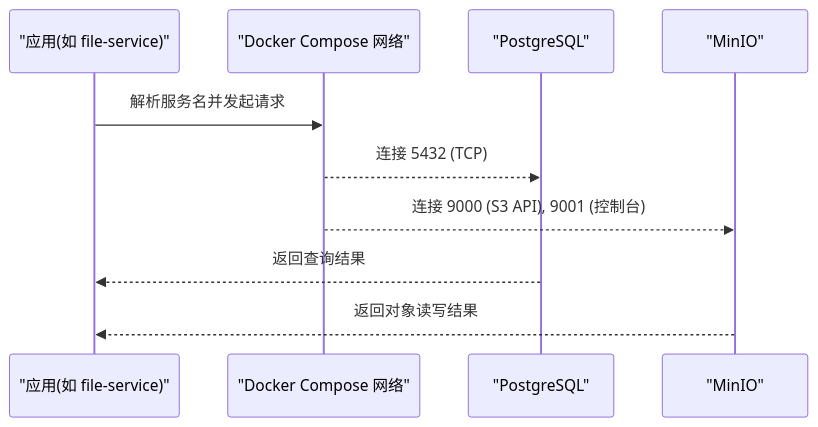
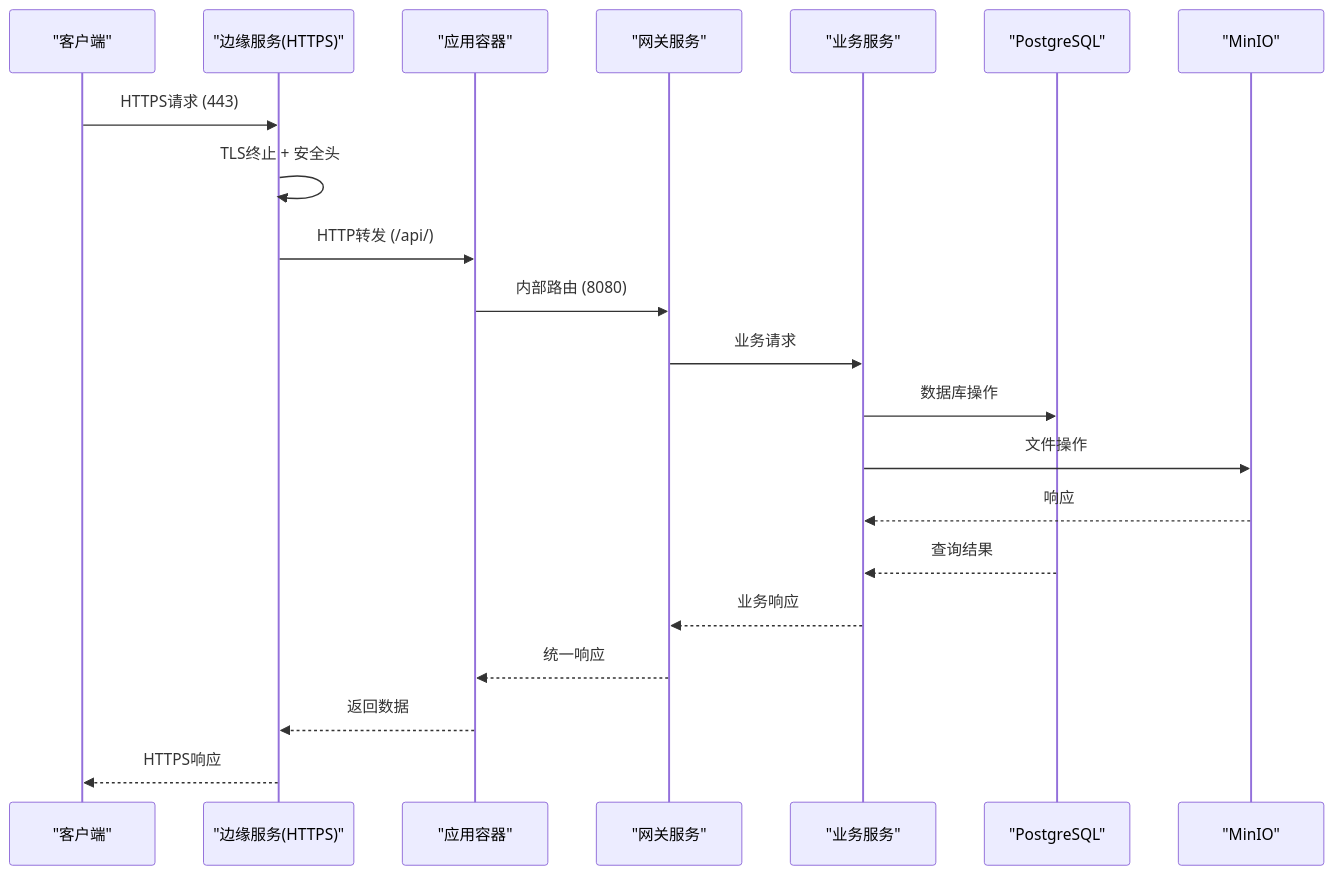
The second of 3 diagrams in .qoder/repowiki/zh/content/基础设施/Docker编排.md (q446328246/agri-platform), drawn with Mermaid before and after one commit. The commit also changed other lines of this file and 110 other files, not shown here.

````diff
--- a/.qoder/repowiki/zh/content/基础设施/Docker编排.md
+++ b/.qoder/repowiki/zh/content/基础设施/Docker编排.md
@@ -92,12 +144,23 @@
 ```mermaid
 sequenceDiagram
-participant App as "应用(如 file-service)"
-participant Net as "Docker Compose 网络"
+participant Client as "客户端"
+participant Edge as "边缘服务(HTTPS)"
+participant App as "应用容器"
+participant Gateway as "网关服务"
+participant Services as "业务服务"
 participant PG as "PostgreSQL"
-participant MC as "MinIO"
-App->>Net : 解析服务名并发起请求
-Net-->>PG : 连接 5432 (TCP)
-Net-->>MC : 连接 9000 (S3 API), 9001 (控制台)
-PG-->>App : 返回查询结果
-MC-->>App : 返回对象读写结果
+participant MinIO as "MinIO"
+Client->>Edge : HTTPS请求 (443)
+Edge->>Edge : TLS终止 + 安全头
+Edge->>App : HTTP转发 (/api/)
+App->>Gateway : 内部路由 (8080)
+Gateway->>Services : 业务请求
+Services->>PG : 数据库操作
+Services->>MinIO : 文件操作
+MinIO-->>Services : 响应
+PG-->>Services : 查询结果
+Services-->>Gateway : 业务响应
+Gateway-->>App : 统一响应
+App-->>Edge : 返回数据
+Edge-->>Client : HTTPS响应
 ```
````
